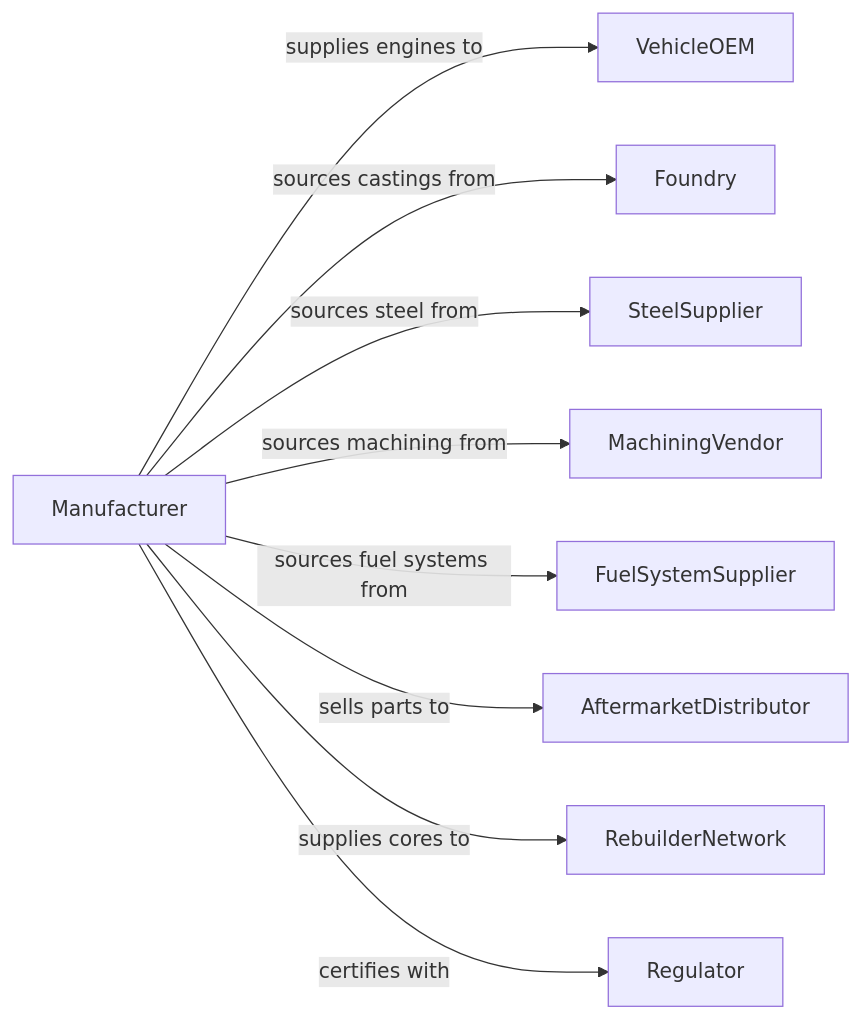
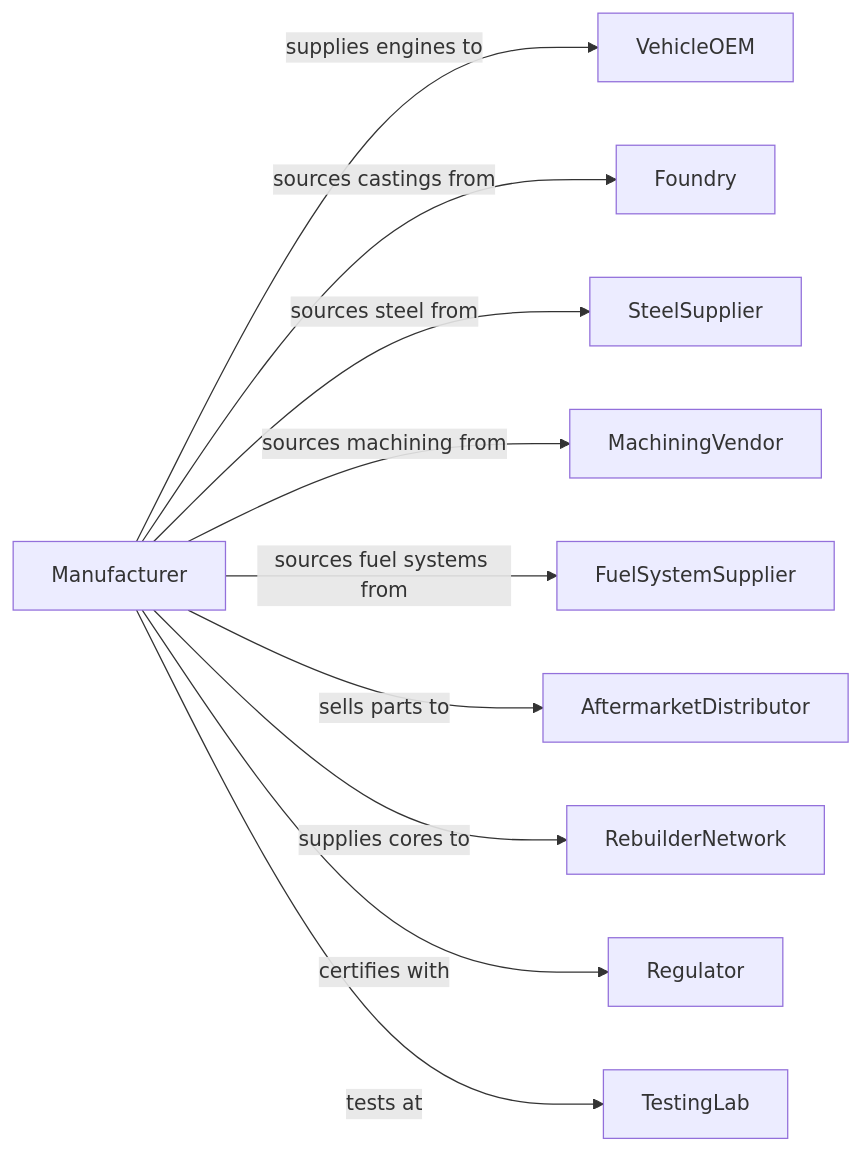
One commit to dot-org-ai/industries.org.ai changed the second of 2 diagrams in Manufacturing/TransportationEquipmentManufacturing/MotorVehiclePartsManufacturing/MotorVehicleGasolineEngineAndEnginePartsManufacturing.mdx. Above: the diagram before and after it, drawn with Mermaid. The commit also changed 588 other files, not shown here.

````diff
--- a/Manufacturing/TransportationEquipmentManufacturing/MotorVehiclePartsManufacturing/MotorVehicleGasolineEngineAndEnginePartsManufacturing.mdx
+++ b/Manufacturing/TransportationEquipmentManufacturing/MotorVehiclePartsManufacturing/MotorVehicleGasolineEngineAndEnginePartsManufacturing.mdx
@@ -129,13 +129,14 @@
 ```mermaid
 graph LR
     M[Manufacturer]
 
     M -->|supplies engines to| VehicleOEM
     M -->|sources castings from| Foundry
     M -->|sources steel from| SteelSupplier
     M -->|sources machining from| MachiningVendor
     M -->|sources fuel systems from| FuelSystemSupplier
     M -->|sells parts to| AftermarketDistributor
     M -->|supplies cores to| RebuilderNetwork
     M -->|certifies with| Regulator
+    M -->|tests at| TestingLab
 ```
````
